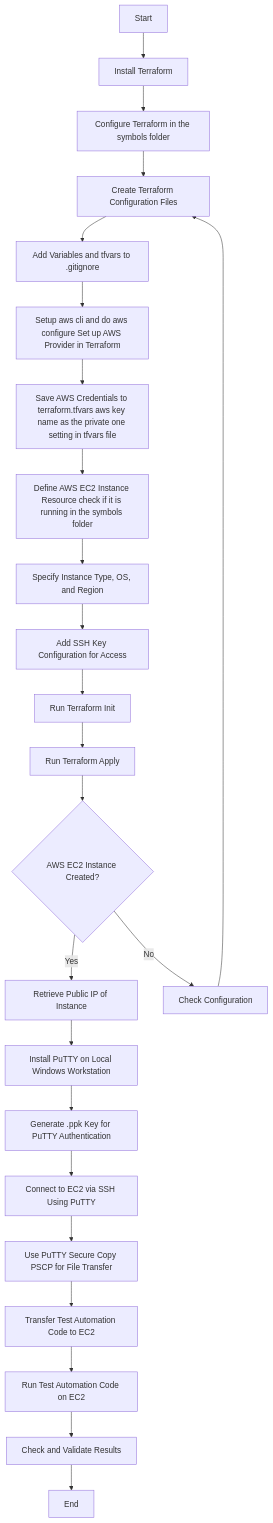
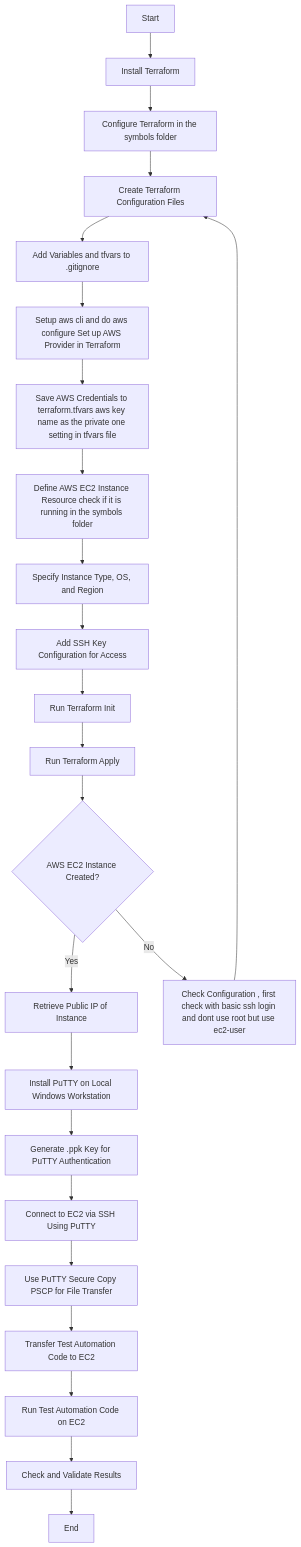
Before and after one commit to rifaterdemsahin/Putty: the diagram in Journey/roadmapLocal.md, drawn with Mermaid. The commit also changed 1 other file, not shown here.

Commit message:
Local Workstation Windows commit

````diff
--- a/Journey/roadmapLocal.md
+++ b/Journey/roadmapLocal.md
@@ -6,27 +6,27 @@
 ```mermaid
 graph TD
     A[Start] --> B[Install Terraform]
     B --> C[Configure Terraform in the symbols folder]
     C --> D[Create Terraform Configuration Files]
     D --> E[Add Variables and tfvars to .gitignore]
     E --> F[Setup aws cli and do aws configure Set up AWS Provider in Terraform]
     F --> G[Save AWS Credentials to terraform.tfvars aws key name as the private one setting in tfvars file]
     G --> H[Define AWS EC2 Instance Resource check if it is running in the symbols folder]
     H --> I[Specify Instance Type, OS, and Region]
     I --> J[Add SSH Key Configuration for Access]
     J --> K[Run Terraform Init]
     K --> L[Run Terraform Apply]
     L --> M{AWS EC2 Instance Created?}
     M -->|Yes| N[Retrieve Public IP of Instance]
-    M -->|No| Z[Check Configuration]
+    M -->|No| Z[Check Configuration , first check with basic ssh login and dont use root but use ec2-user]
     N --> O[Install PuTTY on Local Windows Workstation]
     O --> P[Generate .ppk Key for PuTTY Authentication]
     P --> Q[Connect to EC2 via SSH Using PuTTY]
     Q --> R[Use PuTTY Secure Copy PSCP for File Transfer]
     R --> S[Transfer Test Automation Code to EC2]
     S --> T[Run Test Automation Code on EC2]
     T --> U[Check and Validate Results]
     U --> V[End]
 
     Z --> D
 ```
````
